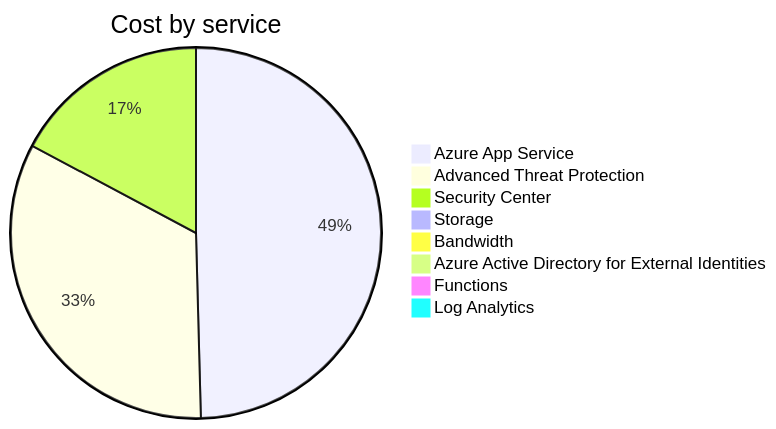
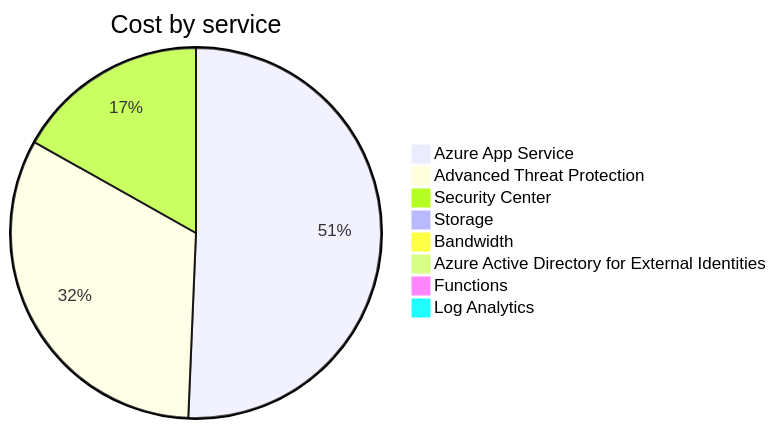
The second of 4 diagrams in cost-reports/personal-site/README.md (jpfulton/azure-personal-reports), drawn with Mermaid before and after one commit. The commit also changed other lines of this file and 7 other files, not shown here.

````diff
--- a/cost-reports/personal-site/README.md
+++ b/cost-reports/personal-site/README.md
@@ -100,12 +100,12 @@
 ```mermaid
 pie
    title Cost by service
-   "Azure App Service" : 10.60
+   "Azure App Service" : 11.07
    "Advanced Threat Protection" : 7.10
    "Security Center" : 3.68
    "Storage" : 0.07
    "Bandwidth" : 0.00
    "Azure Active Directory for External Identities" : 0.00
    "Functions" : 0.00
    "Log Analytics" : 0.00
 ```
````
